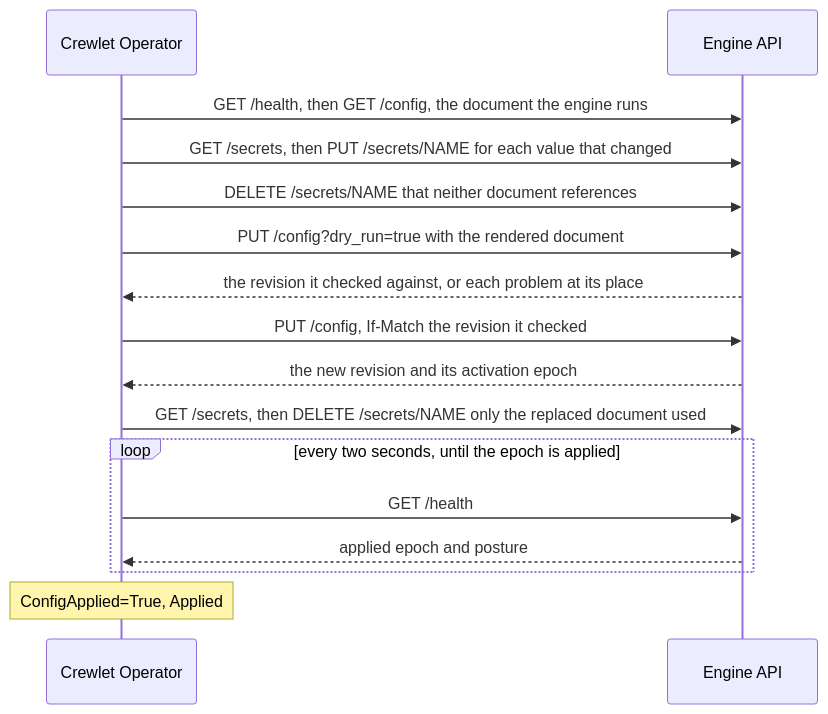
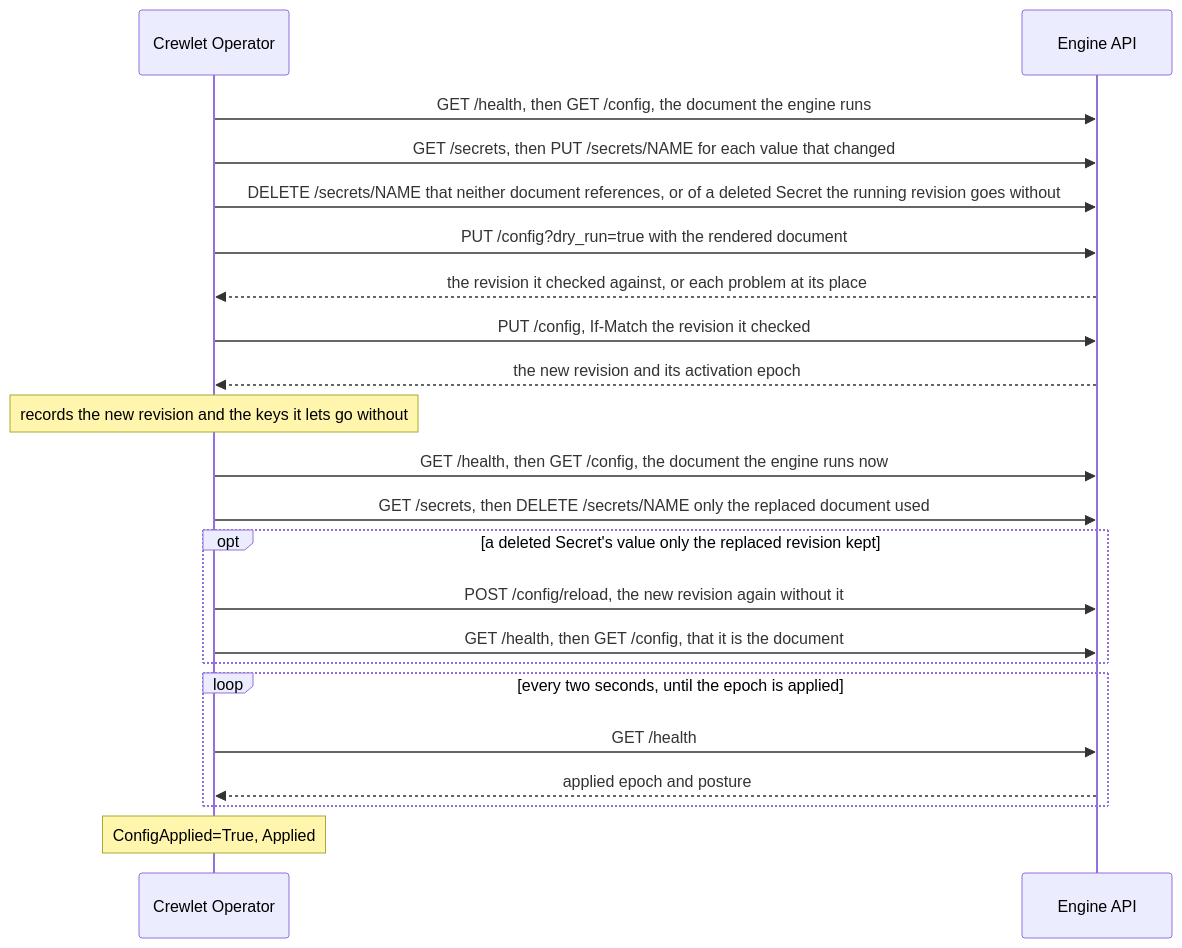
The second of 2 diagrams in docs/concepts/applying.md (crewlet/crewlet-operator), drawn with Mermaid before and after one commit. The commit also changed other lines of this file and 20 other files, not shown here.

````diff
--- a/docs/concepts/applying.md
+++ b/docs/concepts/applying.md
@@ -127,18 +191,24 @@
 ```mermaid
 sequenceDiagram
     participant O as Crewlet Operator
     participant E as Engine API
     O->>E: GET /health, then GET /config, the document the engine runs
     O->>E: GET /secrets, then PUT /secrets/NAME for each value that changed
-    O->>E: DELETE /secrets/NAME that neither document references
+    O->>E: DELETE /secrets/NAME that neither document references, or of a deleted Secret the running revision goes without
     O->>E: PUT /config?dry_run=true with the rendered document
     E-->>O: the revision it checked against, or each problem at its place
     O->>E: PUT /config, If-Match the revision it checked
     E-->>O: the new revision and its activation epoch
+    Note over O: records the new revision and the keys it lets go without
+    O->>E: GET /health, then GET /config, the document the engine runs now
     O->>E: GET /secrets, then DELETE /secrets/NAME only the replaced document used
+    opt a deleted Secret's value only the replaced revision kept
+        O->>E: POST /config/reload, the new revision again without it
+        O->>E: GET /health, then GET /config, that it is the document
+    end
     loop every two seconds, until the epoch is applied
         O->>E: GET /health
         E-->>O: applied epoch and posture
     end
     Note over O: ConfigApplied=True, Applied
 ```
````
